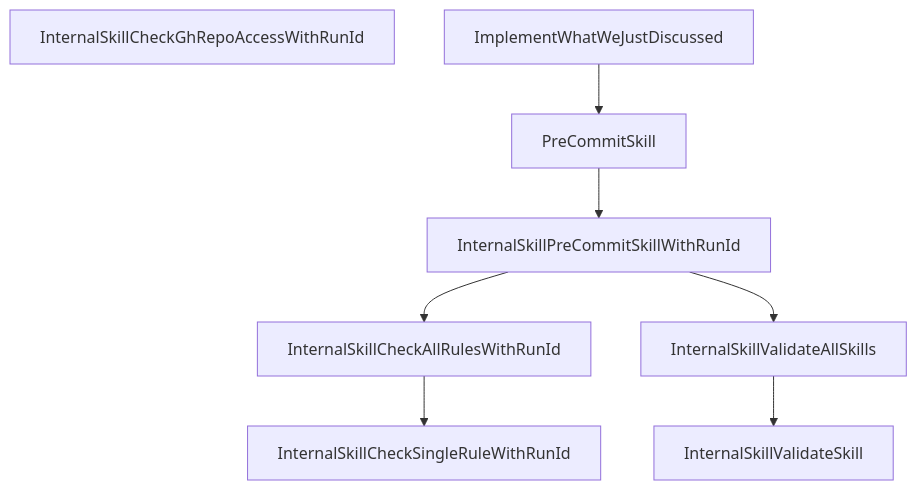
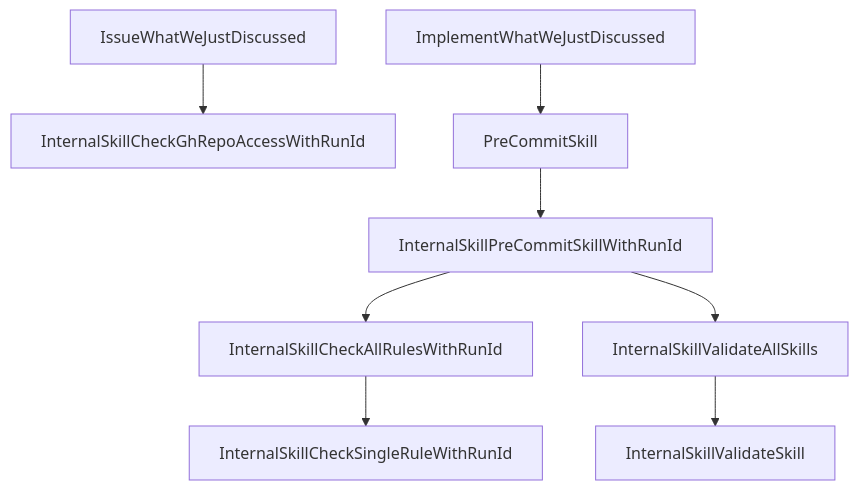
One commit to dkorolev/theloop changed the diagram in .theloop/VIZ.md. Above: the diagram before and after it, drawn with Mermaid. The commit also changed other lines of this file and 5 other files, not shown here.

First line of the commit message:
Add IssueWhatWeJustDiscussed skill to file feature specs as GitHub issues.

````diff
--- a/.theloop/VIZ.md
+++ b/.theloop/VIZ.md
@@ -33,10 +35,11 @@
 ```mermaid
 graph TD
     InternalSkillCheckGhRepoAccessWithRunId["InternalSkillCheckGhRepoAccessWithRunId"]
+    IssueWhatWeJustDiscussed["IssueWhatWeJustDiscussed"] --> InternalSkillCheckGhRepoAccessWithRunId
     ImplementWhatWeJustDiscussed["ImplementWhatWeJustDiscussed"] --> PreCommitSkill["PreCommitSkill"]
     PreCommitSkill --> InternalSkillPreCommitSkillWithRunId["InternalSkillPreCommitSkillWithRunId"]
     InternalSkillPreCommitSkillWithRunId --> InternalSkillCheckAllRulesWithRunId["InternalSkillCheckAllRulesWithRunId"]
     InternalSkillPreCommitSkillWithRunId --> InternalSkillValidateAllSkills["InternalSkillValidateAllSkills"]
     InternalSkillCheckAllRulesWithRunId --> InternalSkillCheckSingleRuleWithRunId["InternalSkillCheckSingleRuleWithRunId"]
     InternalSkillValidateAllSkills --> InternalSkillValidateSkill["InternalSkillValidateSkill"]
 ```
````
